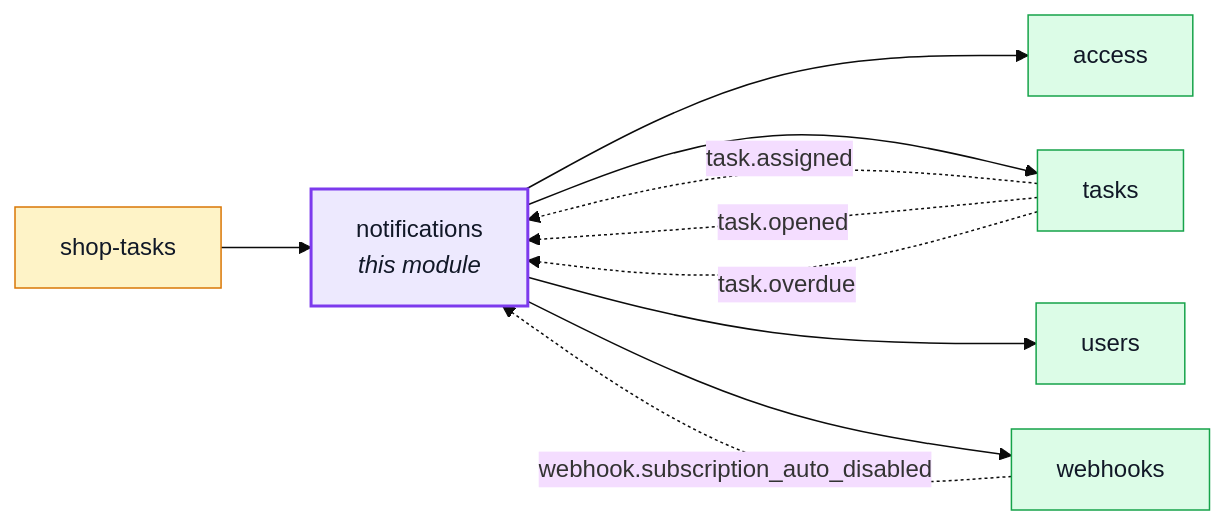
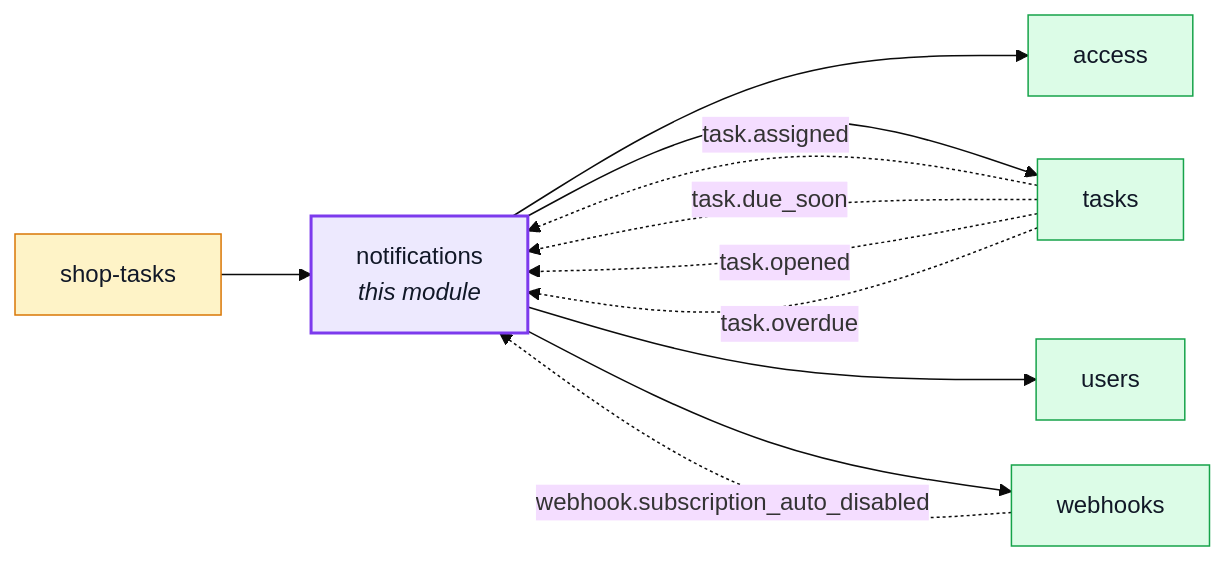
One commit to Guebbit/boilerplate-node-backend changed the first of 3 diagrams in docs/modules/notifications.md. Above: the diagram before and after it, drawn with Mermaid (base theme). The commit also changed other lines of this file and 36 other files, not shown here.

First line of the commit message:
feat(tasks): remind staff once, three days before a to-do falls due

````diff
--- a/docs/modules/notifications.md
+++ b/docs/modules/notifications.md
@@ -16,28 +16,29 @@
 ```mermaid
 %%{init: {'flowchart': {'nodeSpacing': 30, 'rankSpacing': 60}}}%%
 flowchart LR
     notifications["notifications<br/><i>this module</i>"]
     access["access"]
     shop_tasks["shop-tasks"]
     tasks["tasks"]
     users["users"]
     webhooks["webhooks"]
 
     shop_tasks --> notifications
     notifications --> access
     notifications --> tasks
     notifications --> users
     notifications --> webhooks
     tasks -. "task.assigned" .-> notifications
+    tasks -. "task.due_soon" .-> notifications
     tasks -. "task.opened" .-> notifications
     tasks -. "task.overdue" .-> notifications
     webhooks -. "webhook.subscription_auto_disabled" .-> notifications
 
     classDef core fill:#dbeafe,stroke:#2563eb,color:#111827;
     classDef supporting fill:#fef3c7,stroke:#d97706,color:#111827;
     classDef generic fill:#dcfce7,stroke:#16a34a,color:#111827;
     classDef centre fill:#ede9fe,stroke:#7c3aed,stroke-width:2px,color:#111827;
     class shop_tasks supporting;
     class access,tasks,users,webhooks generic;
     class notifications centre;
 ```
````
